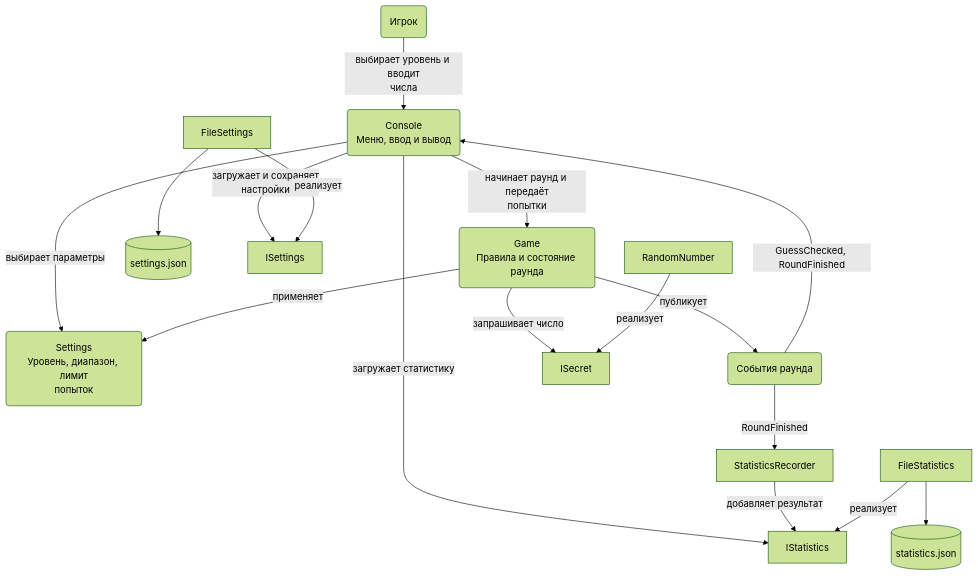
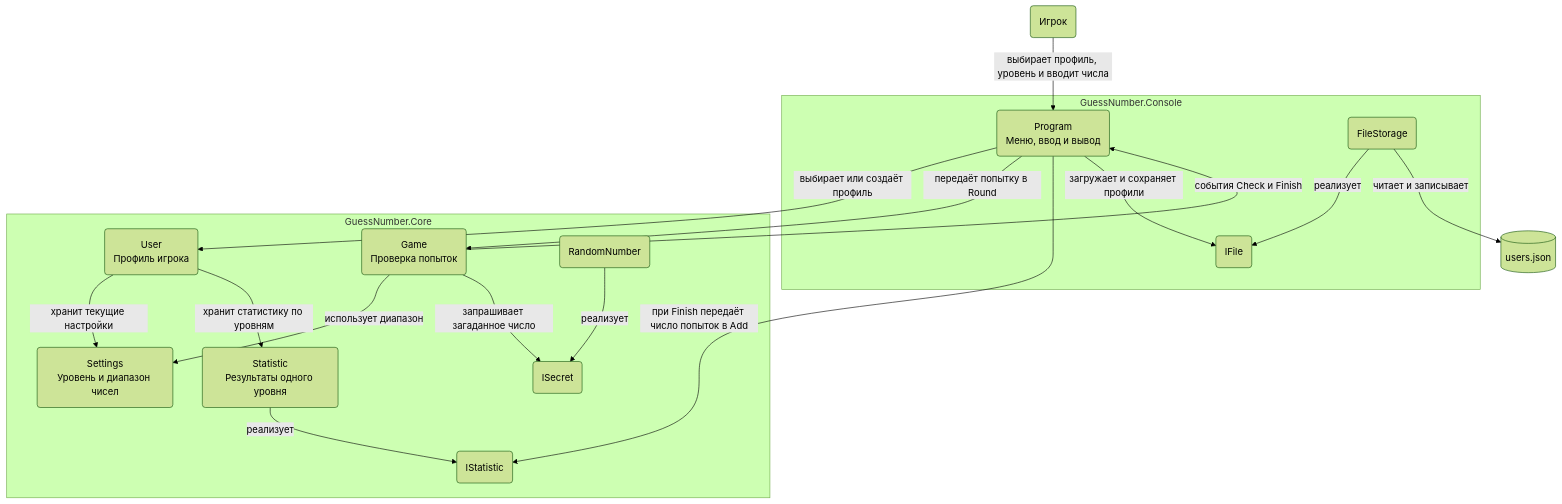
The diagram in README.md (p1va5/ProgramTechnology), drawn with Mermaid (forest theme) before and after one commit. The commit also changed other lines of this file and 5 other files, not shown here.

````diff
--- a/README.md
+++ b/README.md
@@ -2,27 +3,36 @@
 ```mermaid
 flowchart TD
     Player("Игрок")
-    Console("Console<br/>Меню, ввод и вывод")
-    Game("Game<br/>Правила и состояние раунда")
-    Settings("Settings<br/>Уровень, диапазон, лимит<br/>попыток")
-    RoundEvents("События раунда")
-    SettingsFile[("settings.json")]
-    StatisticsFile[("statistics.json")]
+    subgraph ConsoleApp["GuessNumber.Console"]
+        Program("Program<br/>Меню, ввод и вывод")
+        IFile("IFile")
+        FileStorage("FileStorage")
+    end
+    subgraph Core["GuessNumber.Core"]
+        User("User<br/>Профиль игрока")
+        Settings("Settings<br/>Уровень и диапазон чисел")
+        Game("Game<br/>Проверка попыток")
+        ISecret("ISecret")
+        RandomNumber("RandomNumber")
+        IStatistic("IStatistic")
+        Statistic("Statistic<br/>Результаты одного уровня")
+    end
+    UsersFile[("users.json")]
 
-    Player -->|выбирает уровень и вводит<br/>числа| Console
-    Console -->|выбирает параметры| Settings
-    Console -->|начинает раунд и передаёт<br/>попытки| Game
-    Console -->|загружает и сохраняет<br/>настройки| ISettings
-    Console -->|загружает статистику| IStatistics
-    Game -->|применяет| Settings
-    Game -->|запрашивает число| ISecret
-    Game -->|публикует| RoundEvents
+    Player -->|выбирает профиль, уровень и вводит числа| Program
+    Program -->|выбирает или создаёт профиль| User
+    User -->|хранит текущие настройки| Settings
+    User -->|хранит статистику по уровням| Statistic
+
+    Program -->|передаёт попытку в Round| Game
+    Game -->|использует диапазон| Settings
+    Game -->|запрашивает загаданное число| ISecret
     RandomNumber -->|реализует| ISecret
-    RoundEvents -->|GuessChecked, RoundFinished| Console
-    RoundEvents -->|RoundFinished| StatisticsRecorder
-    StatisticsRecorder -->|добавляет результат| IStatistics
-    FileSettings -->|реализует| ISettings
-    FileSettings --> SettingsFile
-    FileStatistics -->|реализует| IStatistics
-    FileStatistics --> StatisticsFile
+    Game -->|события Check и Finish| Program
+    Program -->|при Finish передаёт число попыток в Add| IStatistic
+    Statistic -->|реализует| IStatistic
+
+    Program -->|загружает и сохраняет профили| IFile
+    FileStorage -->|реализует| IFile
+    FileStorage -->|читает и записывает| UsersFile
 ```
````
